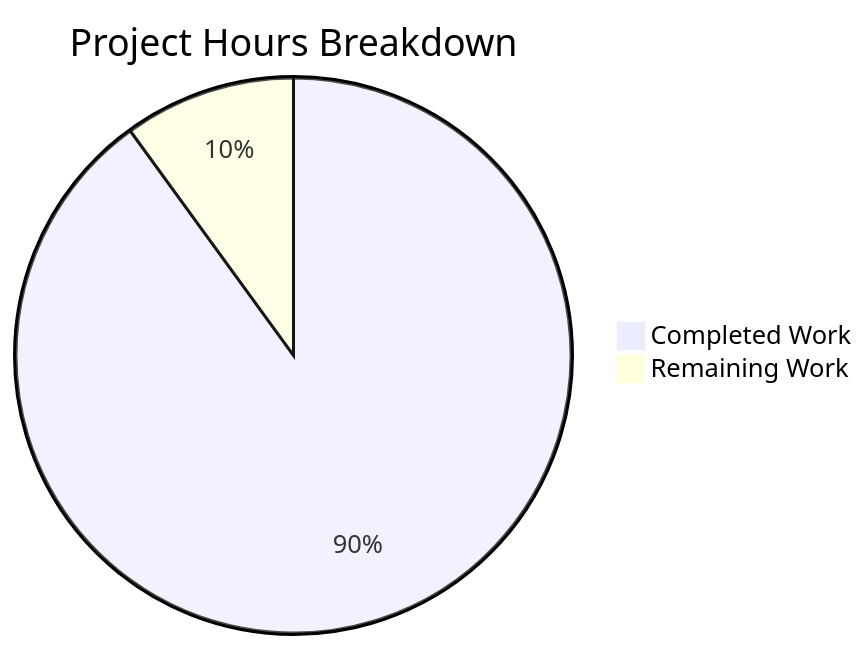
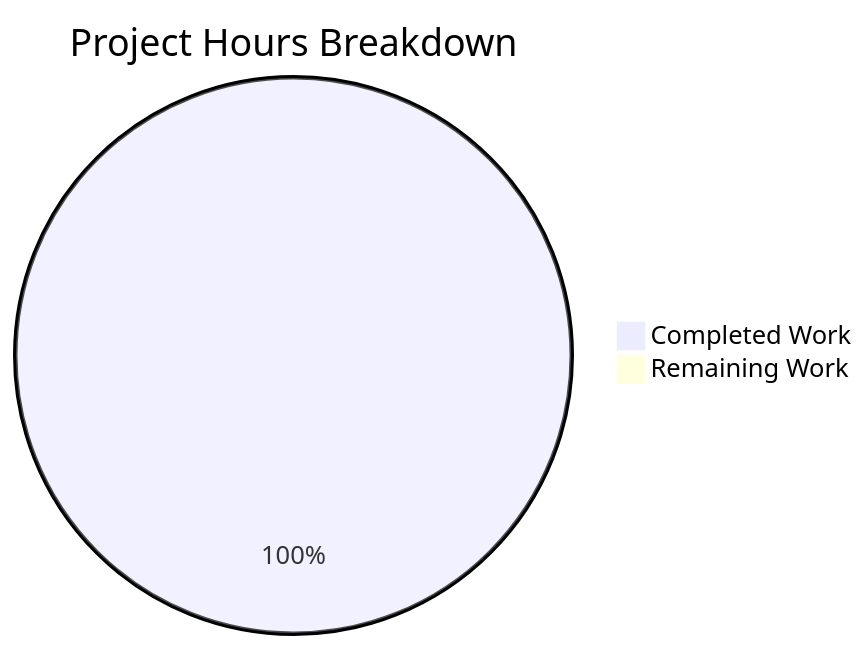
One commit to Sandeep01Kumar/29-dec-existing-projects-qa-test-5 changed the diagram in blitzy/documentation/Project Guide.md. Above: the diagram before and after it, drawn with Mermaid. The commit also changed other lines of this file, not shown here.

Commit message:
Adding Blitzy Project Guide: Project Status and Human Tasks Remaining

````diff
--- a/blitzy/documentation/Project Guide.md
+++ b/blitzy/documentation/Project Guide.md
@@ -27,5 +30,5 @@
 ```mermaid
 pie title Project Hours Breakdown
-    "Completed Work" : 4.5
-    "Remaining Work" : 0.5
+    "Completed Work" : 5
+    "Remaining Work" : 0
 ```
````
